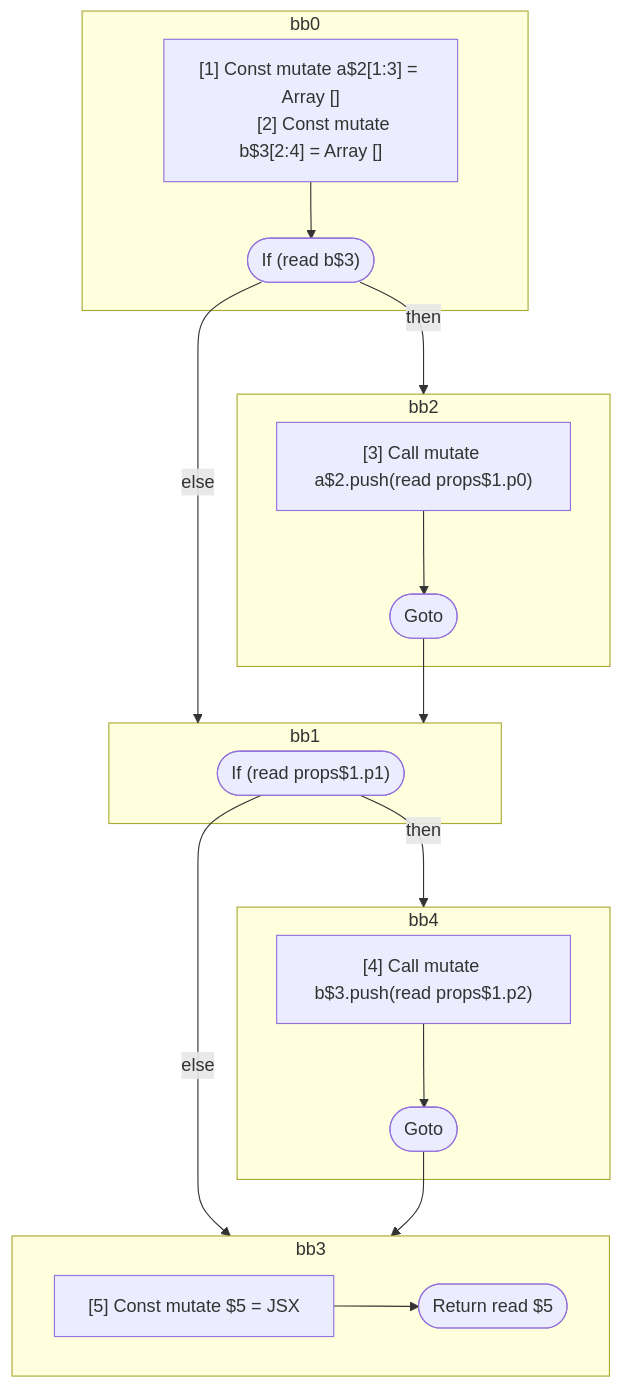
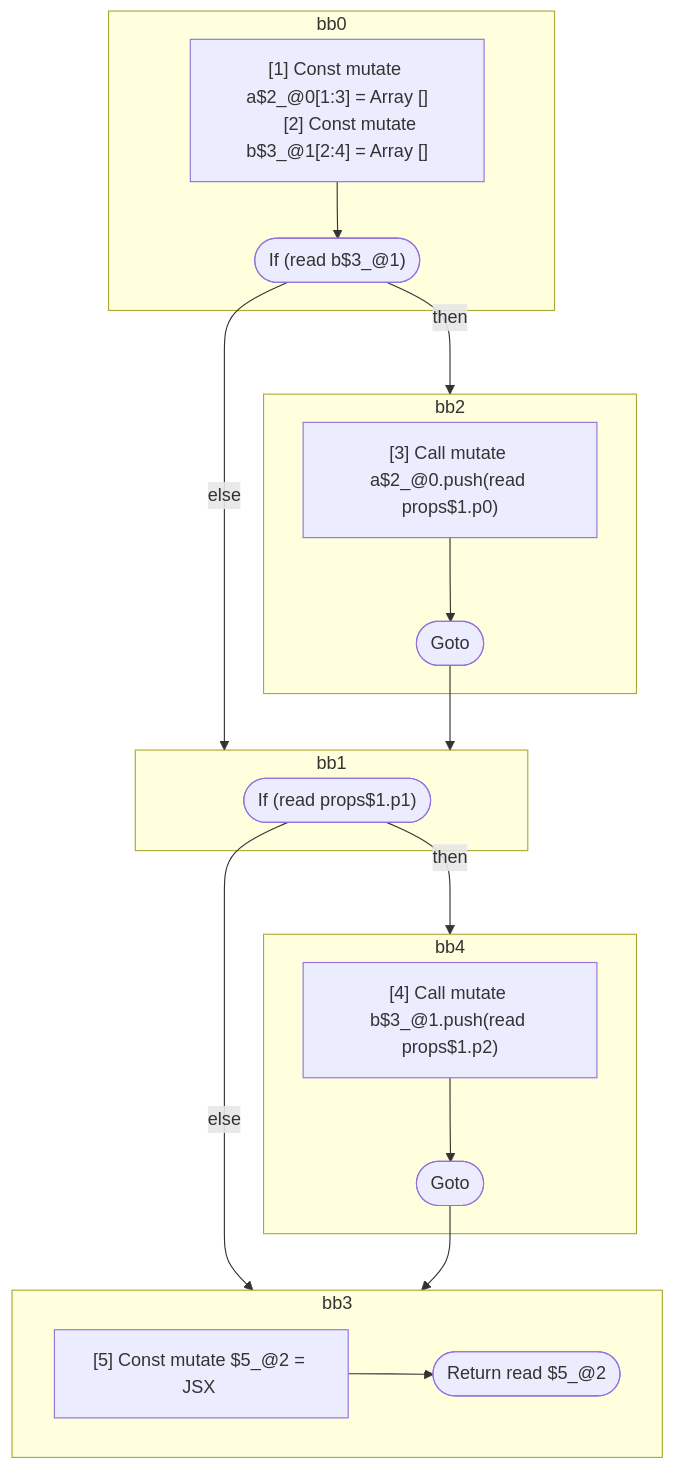
The first of 4 diagrams in compiler/forget/src/__tests__/fixtures/hir/conditional-on-mutable.expect.md (wutsmog/private), drawn with Mermaid before and after one commit. The commit also changed other lines of this file and 60 other files, not shown here.

````diff
--- a/compiler/forget/src/__tests__/fixtures/hir/conditional-on-mutable.expect.md
+++ b/compiler/forget/src/__tests__/fixtures/hir/conditional-on-mutable.expect.md
@@ -92,41 +92,41 @@
 ```mermaid
 flowchart TB
   %% Basic Blocks
   subgraph bb0
     bb0_instrs["
-      [1] Const mutate a$2[1:3] = Array []
-      [2] Const mutate b$3[2:4] = Array []
+      [1] Const mutate a$2_@0[1:3] = Array []
+      [2] Const mutate b$3_@1[2:4] = Array []
     "]
-    bb0_instrs --> bb0_terminal(["If (read b$3)"])
+    bb0_instrs --> bb0_terminal(["If (read b$3_@1)"])
   end
   subgraph bb2
     bb2_instrs["
-      [3] Call mutate a$2.push(read props$1.p0)
+      [3] Call mutate a$2_@0.push(read props$1.p0)
     "]
     bb2_instrs --> bb2_terminal(["Goto"])
   end
   subgraph bb1
     bb1_terminal(["If (read props$1.p1)"])
   end
   subgraph bb4
     bb4_instrs["
-      [4] Call mutate b$3.push(read props$1.p2)
+      [4] Call mutate b$3_@1.push(read props$1.p2)
     "]
     bb4_instrs --> bb4_terminal(["Goto"])
   end
   subgraph bb3
     bb3_instrs["
-      [5] Const mutate $5 = JSX <read Foo$4 a={freeze a$2} b={freeze b$3} ></read Foo$4>
+      [5] Const mutate $5_@2 = JSX <read Foo$4 a={freeze a$2_@0} b={freeze b$3_@1} ></read Foo$4>
     "]
-    bb3_instrs --> bb3_terminal(["Return read $5"])
+    bb3_instrs --> bb3_terminal(["Return read $5_@2"])
   end
 
   %% Jumps
   bb0_terminal -- then --> bb2
   bb0_terminal -- else --> bb1
   bb2_terminal --> bb1
   bb1_terminal -- then --> bb4
   bb1_terminal -- else --> bb3
   bb4_terminal --> bb3
 
 ```
````
